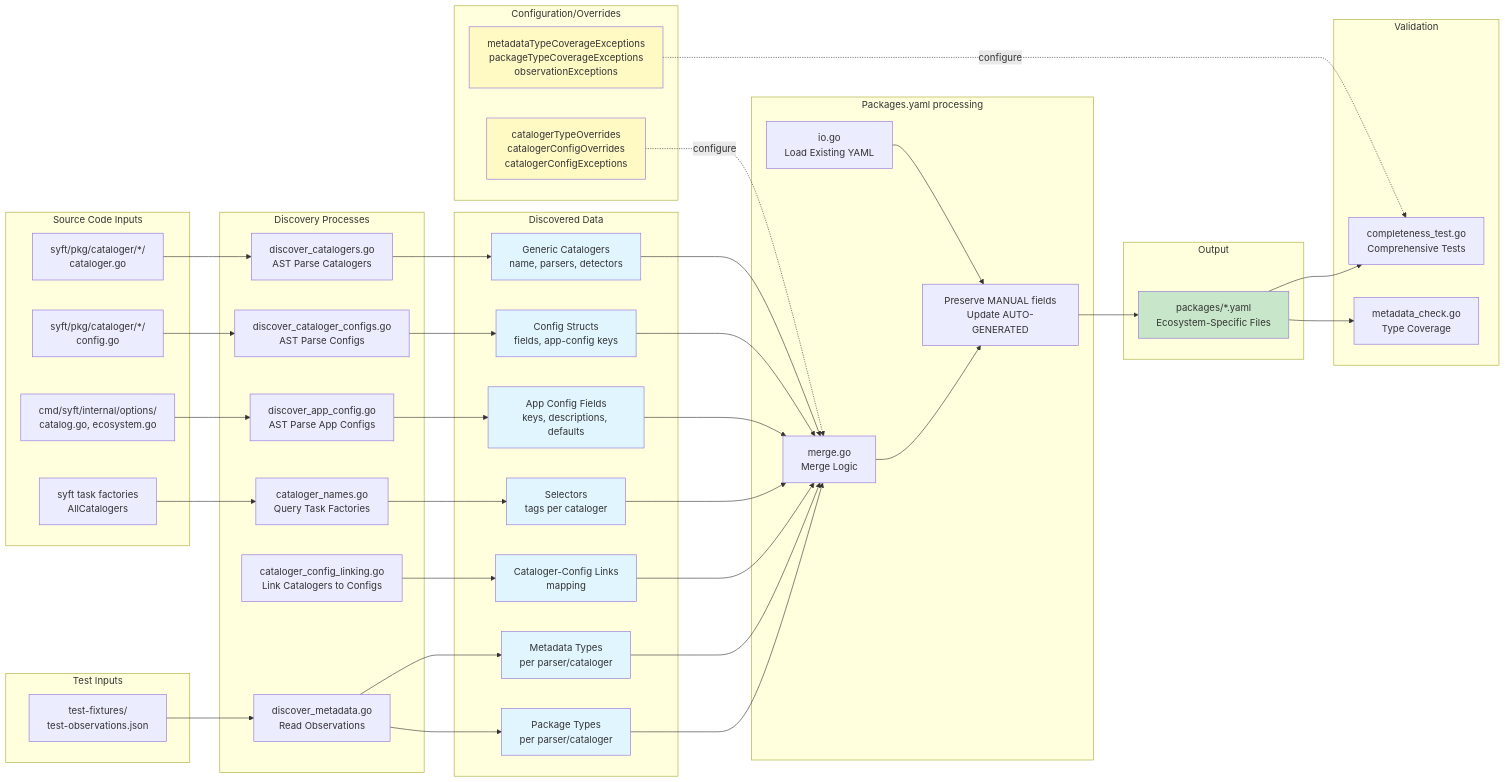
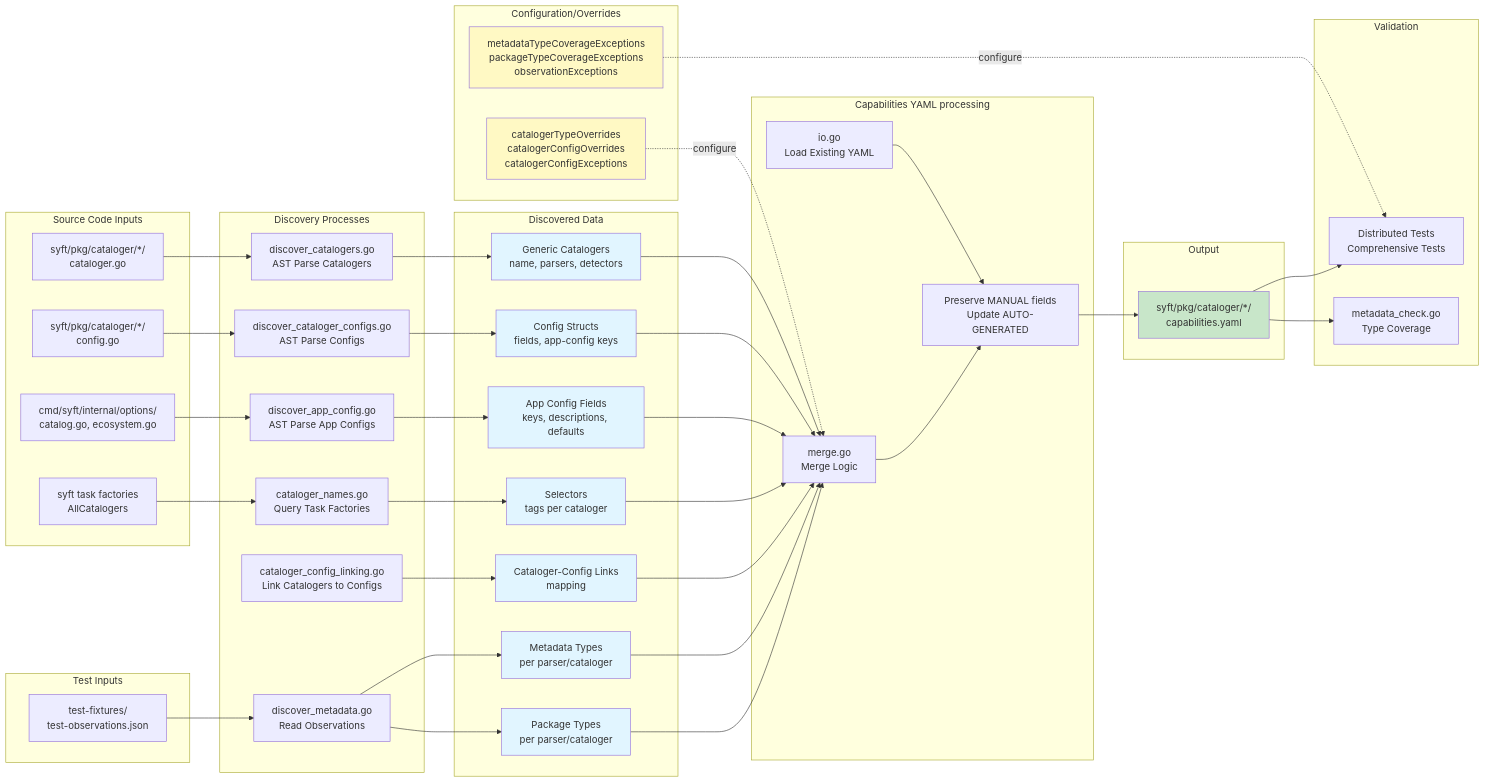
The diagram in internal/capabilities/generate/README.md (anchore/syft), drawn with Mermaid before and after one commit. The commit also changed other lines of this file and 1 other file, not shown here.

```diff
--- a/internal/capabilities/generate/README.md
+++ b/internal/capabilities/generate/README.md
@@ -75,18 +75,18 @@
         E1[catalogerTypeOverrides<br/>catalogerConfigOverrides<br/>catalogerConfigExceptions]
     end
 
-    subgraph "Packages.yaml processing"
+    subgraph "Capabilities YAML processing"
         F1[io.go<br/>Load Existing YAML]
         F2[merge.go<br/>Merge Logic]
         F3[Preserve MANUAL fields<br/>Update AUTO-GENERATED]
     end
 
     subgraph "Output"
-        G1[packages/*.yaml<br/>Ecosystem-Specific Files]
+        G1[syft/pkg/cataloger/*/<br/>capabilities.yaml]
     end
 
     subgraph "Validation"
-        H1[completeness_test.go<br/>Comprehensive Tests]
+        H1[Distributed Tests<br/>Comprehensive Tests]
         H2[metadata_check.go<br/>Type Coverage]
     end
 
```
